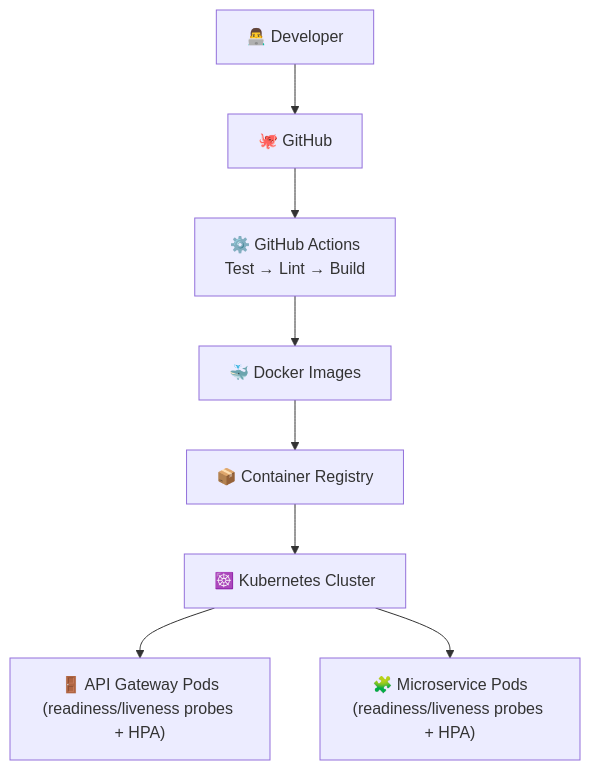
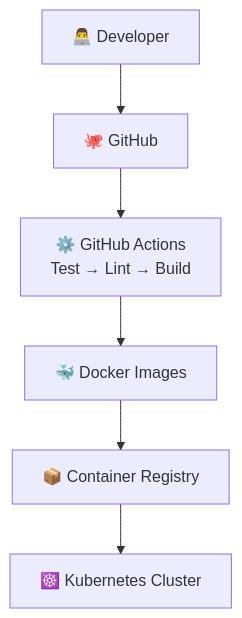
Before and after one commit to yashwan7/cloud-native-api-gateway: the ninth of 11 diagrams in docs/architecture/README.md, drawn with Mermaid. The commit also changed other lines of this file and 2 other files, not shown here.

````diff
--- a/docs/architecture/README.md
+++ b/docs/architecture/README.md
@@ -275,10 +246,8 @@
 ```mermaid
 flowchart TB
     Dev["👨‍💻 Developer"] --> GitHub["🐙 GitHub"]
     GitHub --> Actions["⚙️ GitHub Actions<br/>Test → Lint → Build"]
     Actions --> Images["🐳 Docker Images"]
     Images --> Registry["📦 Container Registry"]
     Registry --> K8s["☸️ Kubernetes Cluster"]
-    K8s --> GatewayPods["🚪 API Gateway Pods<br/>(readiness/liveness probes + HPA)"]
-    K8s --> ServicePods["🧩 Microservice Pods<br/>(readiness/liveness probes + HPA)"]
 ```
````
